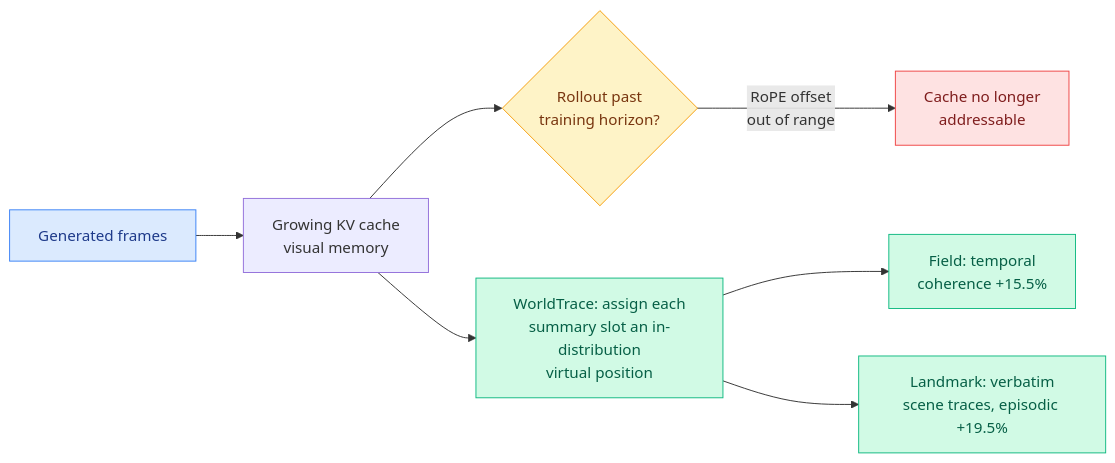
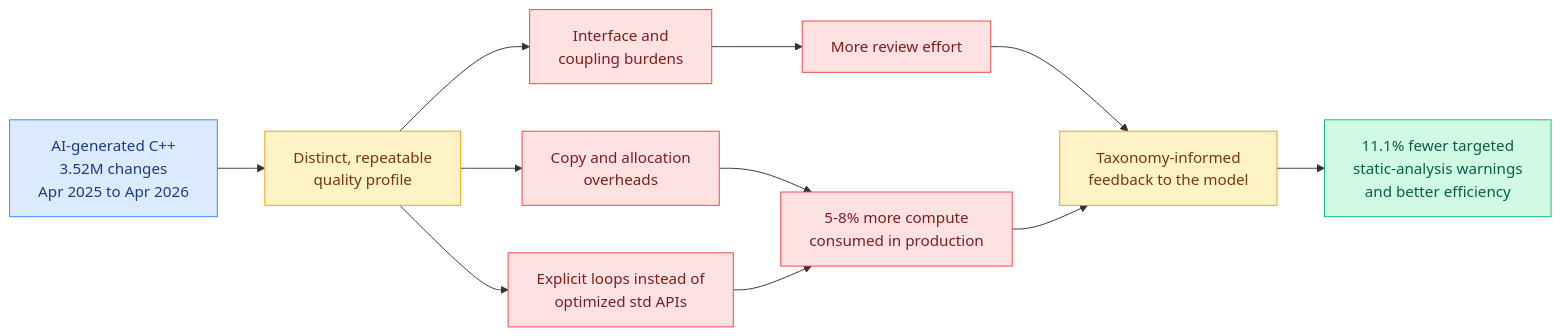
Before and after one commit to bayesiansapien/cere-bro: the fifth of 8 diagrams in wiki/daily-digest/2026-08/2026-08-10.md, drawn with Mermaid. The commit also changed other lines of this file, not shown here.

````diff
--- a/wiki/daily-digest/2026-08/2026-08-10.md
+++ b/wiki/daily-digest/2026-08/2026-08-10.md
@@ -72,17 +247,21 @@
 ```mermaid
 flowchart LR
-  F[Generated frames] --> KV[Growing KV cache<br/>visual memory]
-  KV --> P{Rollout past<br/>training horizon?}
-  P -->|RoPE offset<br/>out of range| BROKEN[Cache no longer<br/>addressable]
-  KV --> WT[WorldTrace: assign each<br/>summary slot an in-distribution<br/>virtual position]
-  WT --> FIELD[Field: temporal<br/>coherence +15.5%]
-  WT --> LAND[Landmark: verbatim<br/>scene traces, episodic +19.5%]
+  AI[AI-generated C++<br/>3.52M changes<br/>Apr 2025 to Apr 2026] --> PROF[Distinct, repeatable<br/>quality profile]
+  PROF --> P1[Interface and<br/>coupling burdens]
+  PROF --> P2[Copy and allocation<br/>overheads]
+  PROF --> P3[Explicit loops instead of<br/>optimized std APIs]
+  P1 --> C1[More review effort]
+  P2 --> C2[5-8% more compute<br/>consumed in production]
+  P3 --> C2
+  C1 --> FB[Taxonomy-informed<br/>feedback to the model]
+  C2 --> FB
+  FB --> FIX[11.1% fewer targeted<br/>static-analysis warnings<br/>and better efficiency]
   classDef input fill:#dbeafe,stroke:#3b82f6,color:#1e3a8a
   classDef decision fill:#fef3c7,stroke:#f59e0b,color:#78350f
   classDef output fill:#d1fae5,stroke:#10b981,color:#065f46
   classDef warn fill:#fee2e2,stroke:#ef4444,color:#7f1d1d
-  class F input
-  class P decision
-  class FIELD,LAND,WT output
-  class BROKEN warn
+  class AI input
+  class PROF,FB decision
+  class P1,P2,P3,C1,C2 warn
+  class FIX output
 ```
````
